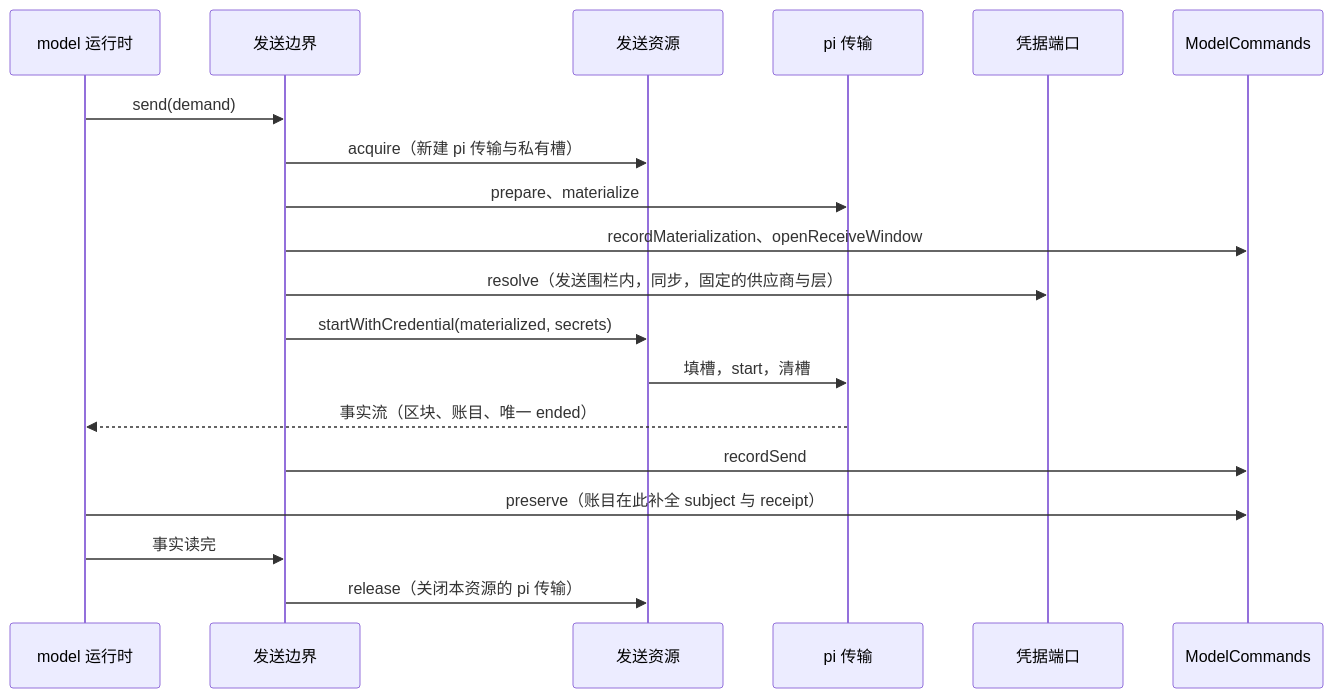
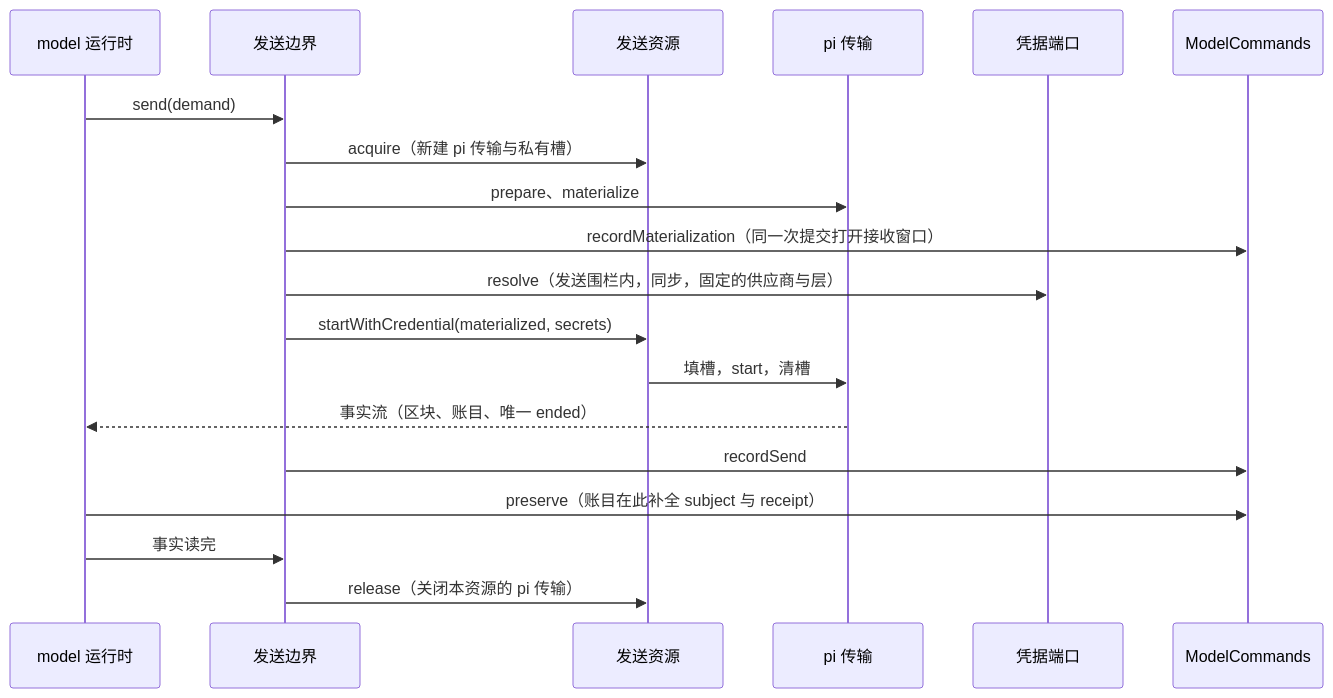
The second of 2 diagrams in packages/model/model-host-local/docs/flows.md (nemori-ai/omne-harness-lite), drawn with Mermaid before and after one commit. The commit also changed 21 other files, not shown here.

````diff
--- a/packages/model/model-host-local/docs/flows.md
+++ b/packages/model/model-host-local/docs/flows.md
@@ -34,21 +34,21 @@
 ```mermaid
 sequenceDiagram
   participant Runtime as model 运行时
   participant Boundary as 发送边界
   participant Resource as 发送资源
   participant Pi as pi 传输
   participant Port as 凭据端口
   participant Commands as ModelCommands
   Runtime->>Boundary: send(demand)
   Boundary->>Resource: acquire（新建 pi 传输与私有槽）
   Boundary->>Pi: prepare、materialize
-  Boundary->>Commands: recordMaterialization、openReceiveWindow
+  Boundary->>Commands: recordMaterialization（同一次提交打开接收窗口）
   Boundary->>Port: resolve（发送围栏内，同步，固定的供应商与层）
   Boundary->>Resource: startWithCredential(materialized, secrets)
   Resource->>Pi: 填槽，start，清槽
   Pi-->>Runtime: 事实流（区块、账目、唯一 ended）
   Boundary->>Commands: recordSend
   Runtime->>Commands: preserve（账目在此补全 subject 与 receipt）
   Runtime->>Boundary: 事实读完
   Boundary->>Resource: release（关闭本资源的 pi 传输）
 ```
````
